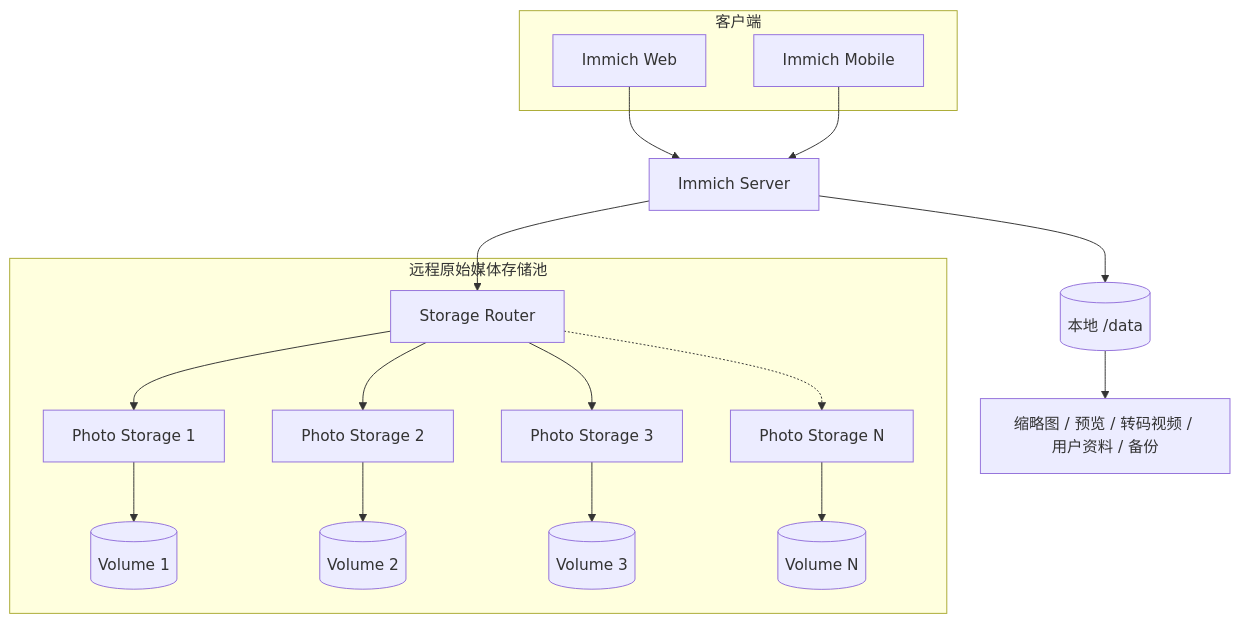
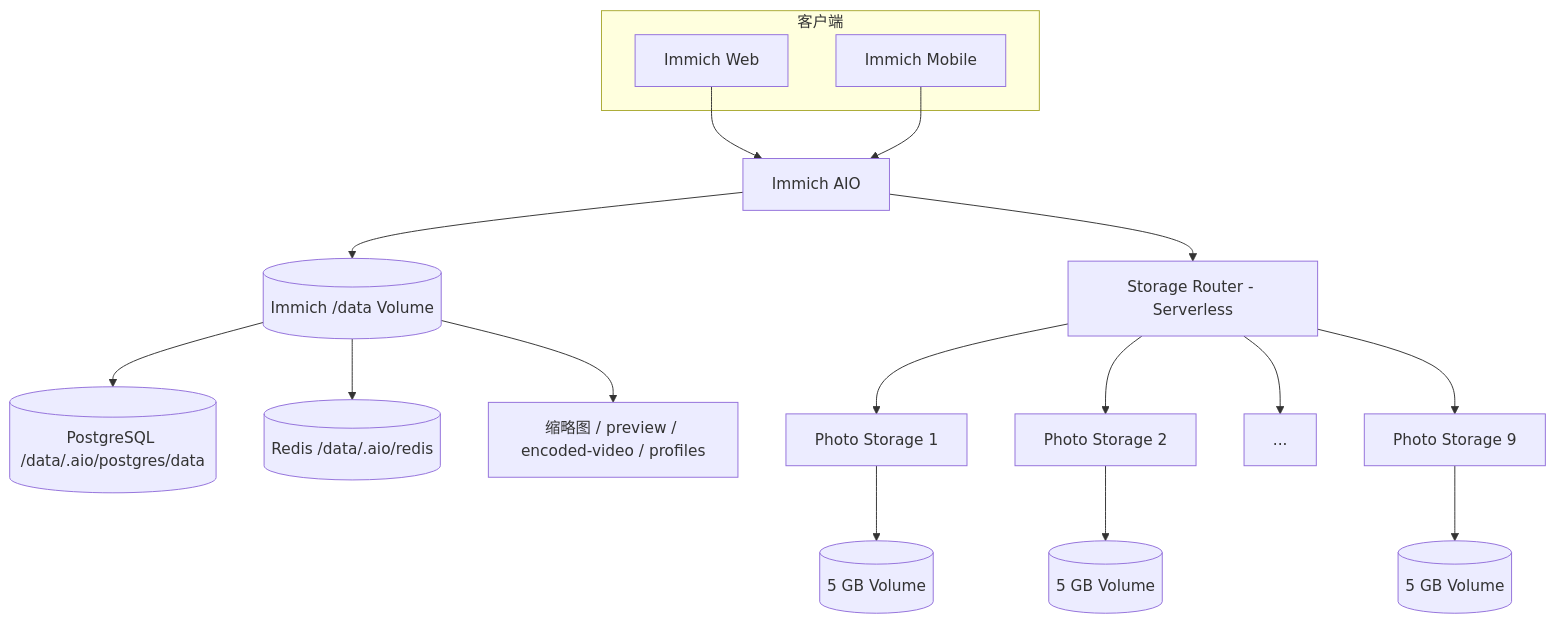
Before and after one commit to bowardzhang/immich: the diagram in RAILWAY_REMOTE_STORAGE.md, drawn with Mermaid. The commit also changed other lines of this file, not shown here.

Commit message:
docs(railway): update Chinese production architecture after cleanup

````diff
--- a/RAILWAY_REMOTE_STORAGE.md
+++ b/RAILWAY_REMOTE_STORAGE.md
@@ -11,22 +21,26 @@
 ```mermaid
 flowchart TB
     subgraph Clients[客户端]
       W[Immich Web]
       M[Immich Mobile]
     end
-    W --> I[Immich Server]
+
+    W --> I[Immich AIO]
     M --> I
-    I --> D[(本地 /data)]
-    I --> R[Storage Router]
-    subgraph RemoteMedia[远程原始媒体存储池]
-      R --> S1[Photo Storage 1]
-      R --> S2[Photo Storage 2]
-      R --> S3[Photo Storage 3]
-      R -.-> SN[Photo Storage N]
-      S1 --> V1[(Volume 1)]
-      S2 --> V2[(Volume 2)]
-      S3 --> V3[(Volume 3)]
-      SN --> VN[(Volume N)]
-    end
-    D --> O[缩略图 / 预览 / 转码视频 / 用户资料 / 备份]
+
+    I --> D[(Immich /data Volume)]
+    I --> R[Storage Router - Serverless]
+
+    D --> DB[(PostgreSQL /data/.aio/postgres/data)]
+    D --> RD[(Redis /data/.aio/redis)]
+    D --> DER[缩略图 / preview / encoded-video / profiles]
+
+    R --> S1[Photo Storage 1]
+    R --> S2[Photo Storage 2]
+    R --> SX[...]
+    R --> S9[Photo Storage 9]
+
+    S1 --> V1[(5 GB Volume)]
+    S2 --> V2[(5 GB Volume)]
+    S9 --> V9[(5 GB Volume)]
 ```
````
